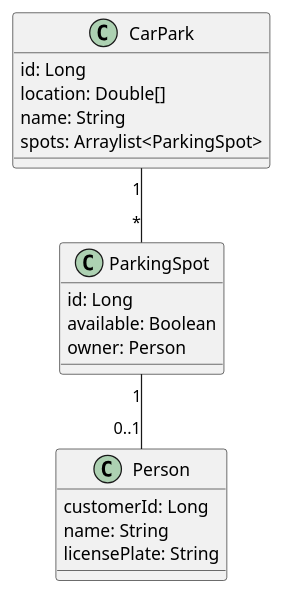
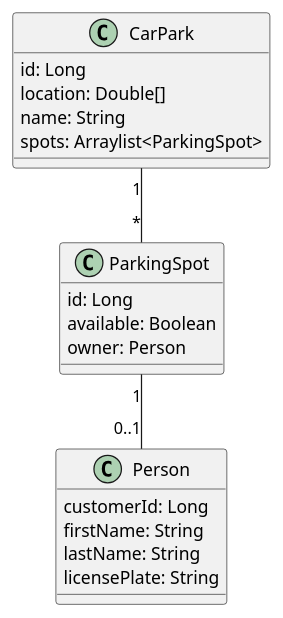
The diagram in asciidocs/cld.puml (2122-5ahitm-sew/01-microproject-wiesingerjonas), drawn with PlantUML before and after one commit. The commit also changed 1 other file, not shown here.

Commit message:
Wiesinger | split "name" in "firstName" and "lastName"

```diff
--- a/asciidocs/cld.puml
+++ b/asciidocs/cld.puml
@@ -1,24 +1,25 @@
 @startuml
 
 class CarPark {
     id: Long
     location: Double[]
     name: String
     spots: Arraylist<ParkingSpot>
 }
 
 class ParkingSpot {
     id: Long
     available: Boolean
     owner: Person
 }
 
 class Person {
     customerId: Long
-    name: String
+    firstName: String
+    lastName: String
     licensePlate: String
 }
 
 CarPark "1" -- "*" ParkingSpot
 ParkingSpot "1" -- "0..1" Person
 @enduml
```
